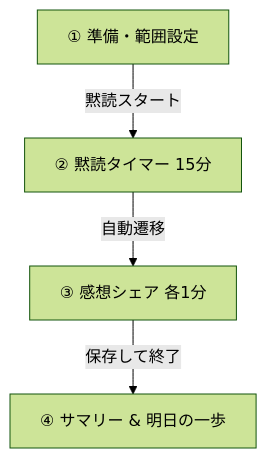
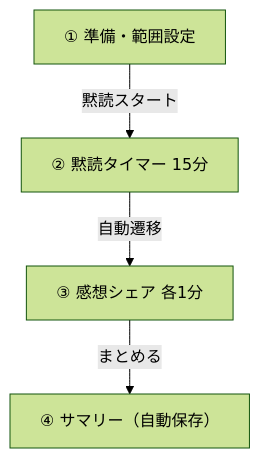
Before and after one commit to syoshika/asayomi: the diagram in README.md, drawn with Mermaid (forest theme). The commit also changed other lines of this file and 5 other files, not shown here.

````diff
--- a/README.md
+++ b/README.md
@@ -14,6 +14,6 @@
 ```mermaid
 graph TD
     A[① 準備・範囲設定] -->|黙読スタート| B[② 黙読タイマー 15分]
     B -->|自動遷移| C[③ 感想シェア 各1分]
-    C -->|保存して終了| D[④ サマリー & 明日の一歩]
+    C -->|まとめる| D[④ サマリー（自動保存）]
 ```
````
